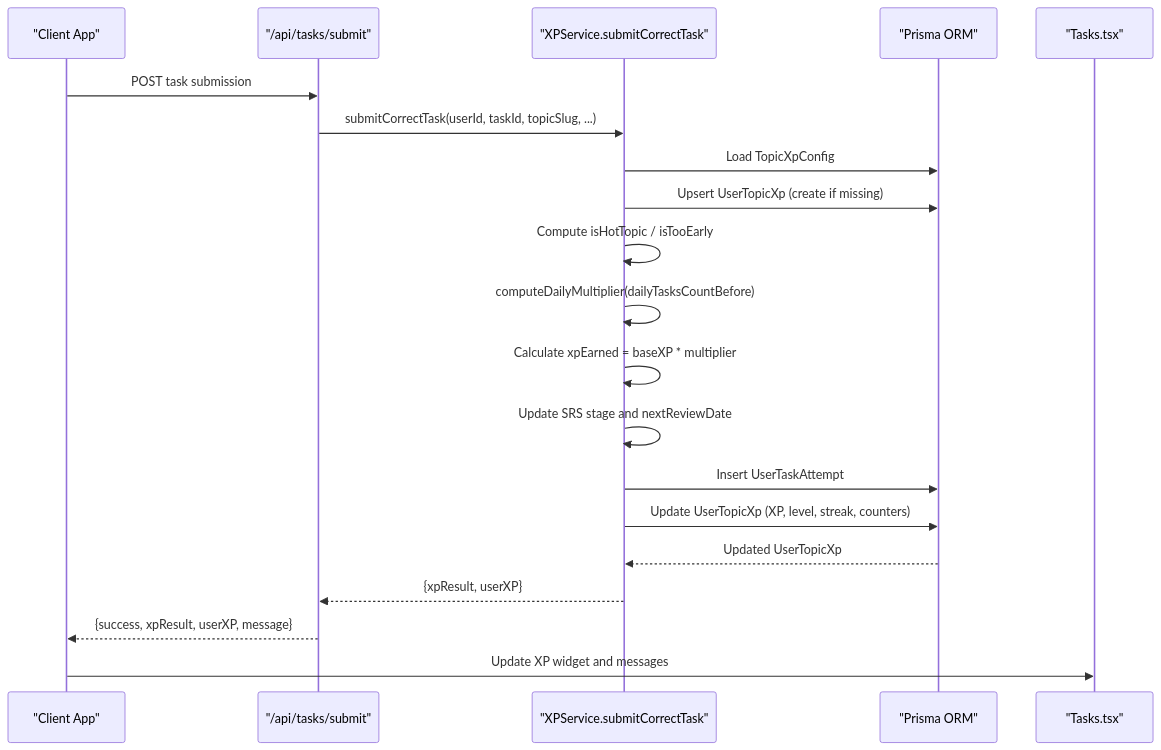
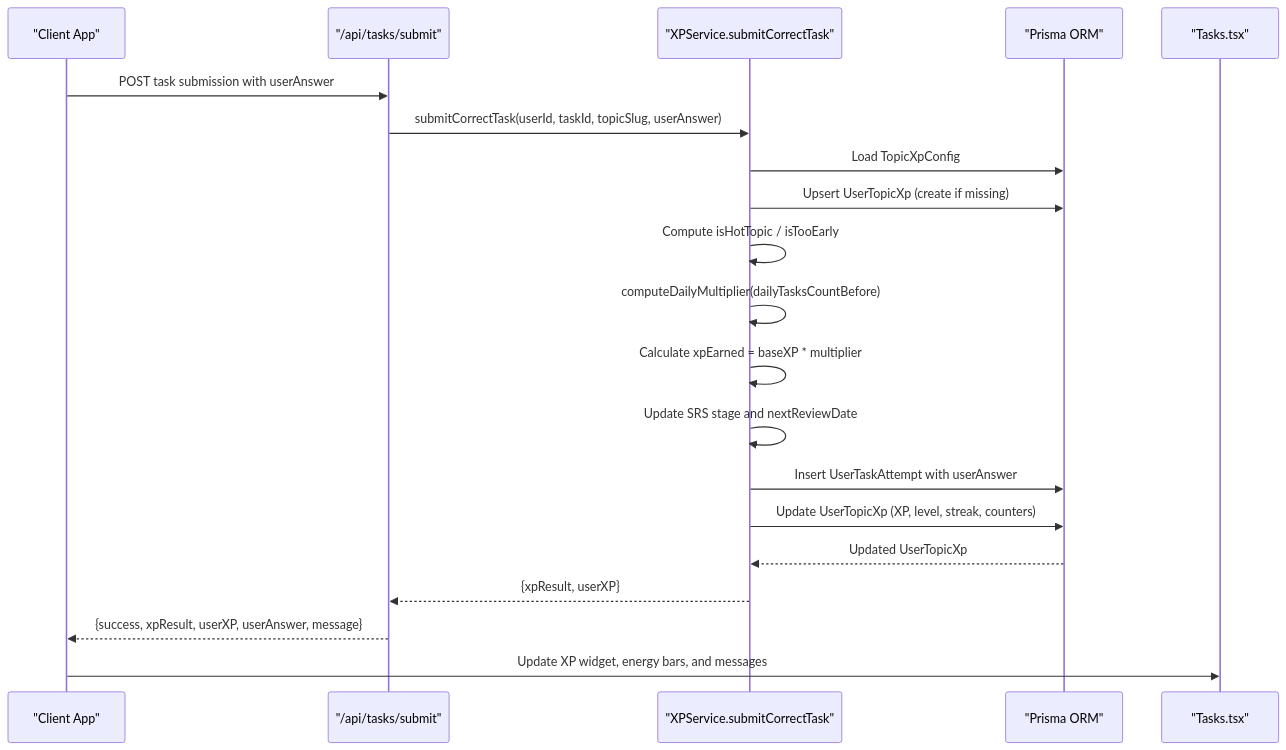
One commit to AlexKutz/math-app-next-js changed the second of 5 diagrams in .qoder/repowiki/en/content/Core Features/Gamification System/Gamification System.md. Above: the diagram before and after it, drawn with Mermaid. The commit also changed other lines of this file and 125 other files, not shown here.

````diff
--- a/.qoder/repowiki/en/content/Core Features/Gamification System/Gamification System.md
+++ b/.qoder/repowiki/en/content/Core Features/Gamification System/Gamification System.md
@@ -103,22 +125,22 @@
 ```mermaid
 sequenceDiagram
 participant Client as "Client App"
 participant API as "/api/tasks/submit"
 participant Service as "XPService.submitCorrectTask"
 participant DB as "Prisma ORM"
 participant UI as "Tasks.tsx"
-Client->>API : POST task submission
-API->>Service : submitCorrectTask(userId, taskId, topicSlug, ...)
+Client->>API : POST task submission with userAnswer
+API->>Service : submitCorrectTask(userId, taskId, topicSlug, userAnswer)
 Service->>DB : Load TopicXpConfig
 Service->>DB : Upsert UserTopicXp (create if missing)
 Service->>Service : Compute isHotTopic / isTooEarly
 Service->>Service : computeDailyMultiplier(dailyTasksCountBefore)
 Service->>Service : Calculate xpEarned = baseXP * multiplier
 Service->>Service : Update SRS stage and nextReviewDate
-Service->>DB : Insert UserTaskAttempt
+Service->>DB : Insert UserTaskAttempt with userAnswer
 Service->>DB : Update UserTopicXp (XP, level, streak, counters)
 DB-->>Service : Updated UserTopicXp
 Service-->>API : {xpResult, userXP}
-API-->>Client : {success, xpResult, userXP, message}
-Client->>UI : Update XP widget and messages
+API-->>Client : {success, xpResult, userXP, userAnswer, message}
+Client->>UI : Update XP widget, energy bars, and messages
 ```
````
